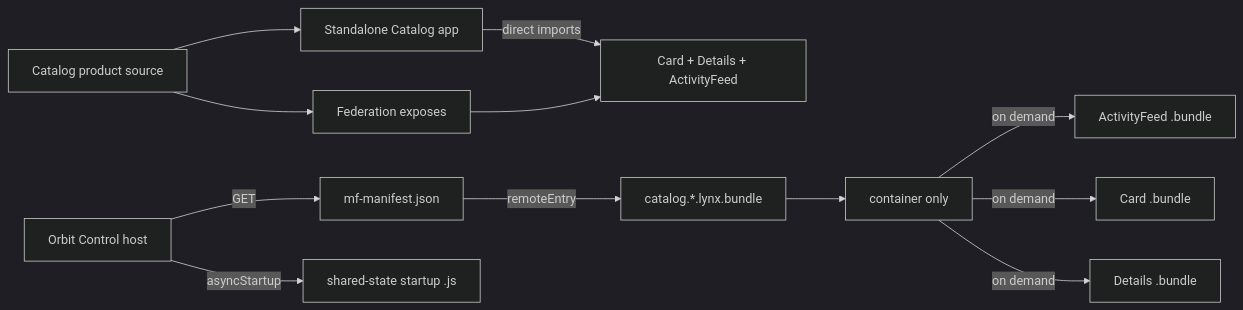
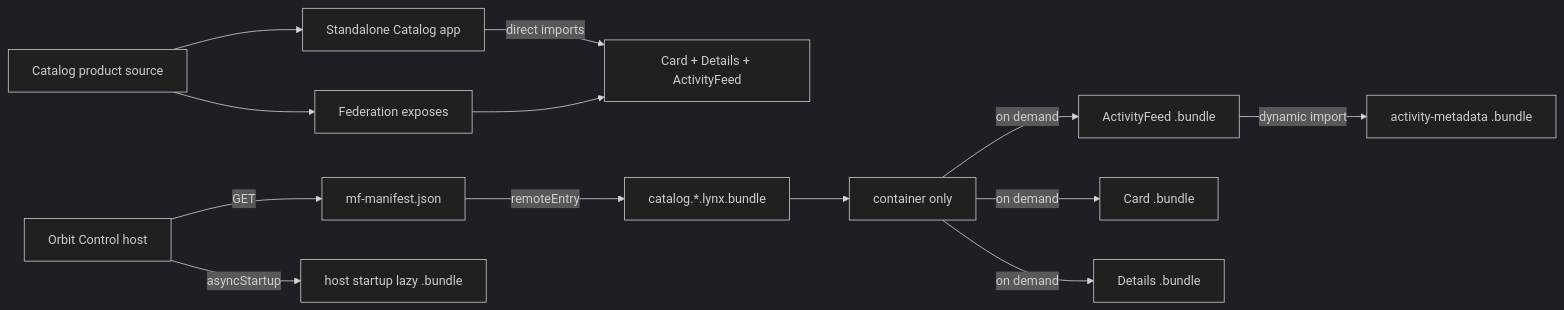
Before and after one commit to module-federation/core: the diagram in apps/lynx-module-federation-demo/README.md, drawn with Mermaid (dark theme). The commit also changed other lines of this file and 37 other files, not shown here.

````diff
--- a/apps/lynx-module-federation-demo/README.md
+++ b/apps/lynx-module-federation-demo/README.md
@@ -19,14 +21,15 @@
 ```mermaid
 flowchart LR
   S["Catalog product source"] --> A["Standalone Catalog app"]
   S --> E["Federation exposes"]
   A -->|"direct imports"| X["Card + Details + ActivityFeed"]
   E --> X
   H["Orbit Control host"] -->|"GET"| M["mf-manifest.json"]
-  H -->|"asyncStartup"| T["shared-state startup .js"]
+  H -->|"asyncStartup"| T["host startup lazy .bundle"]
   M -->|"remoteEntry"| C["catalog.*.lynx.bundle"]
   C --> R["container only"]
   R -->|"on demand"| F["ActivityFeed .bundle"]
+  F -->|"dynamic import"| N["activity-metadata .bundle"]
   R -->|"on demand"| G["Card .bundle"]
   R -->|"on demand"| D["Details .bundle"]
 ```
````
